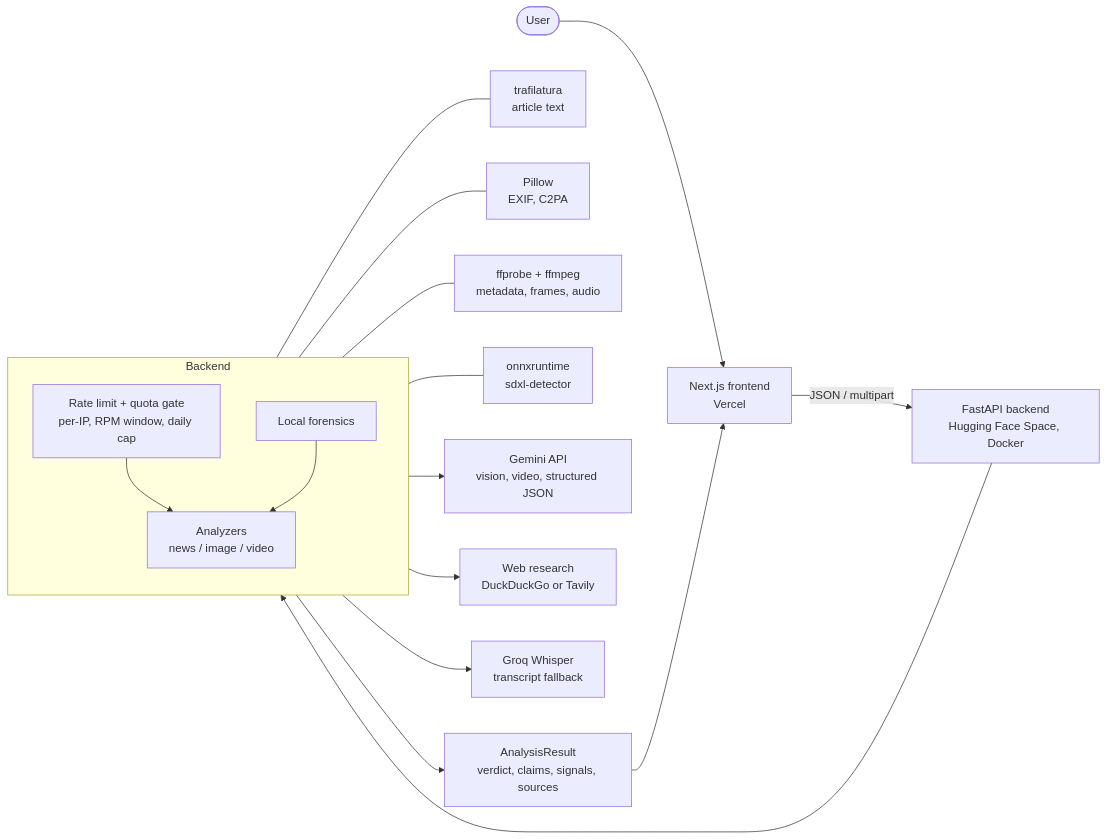
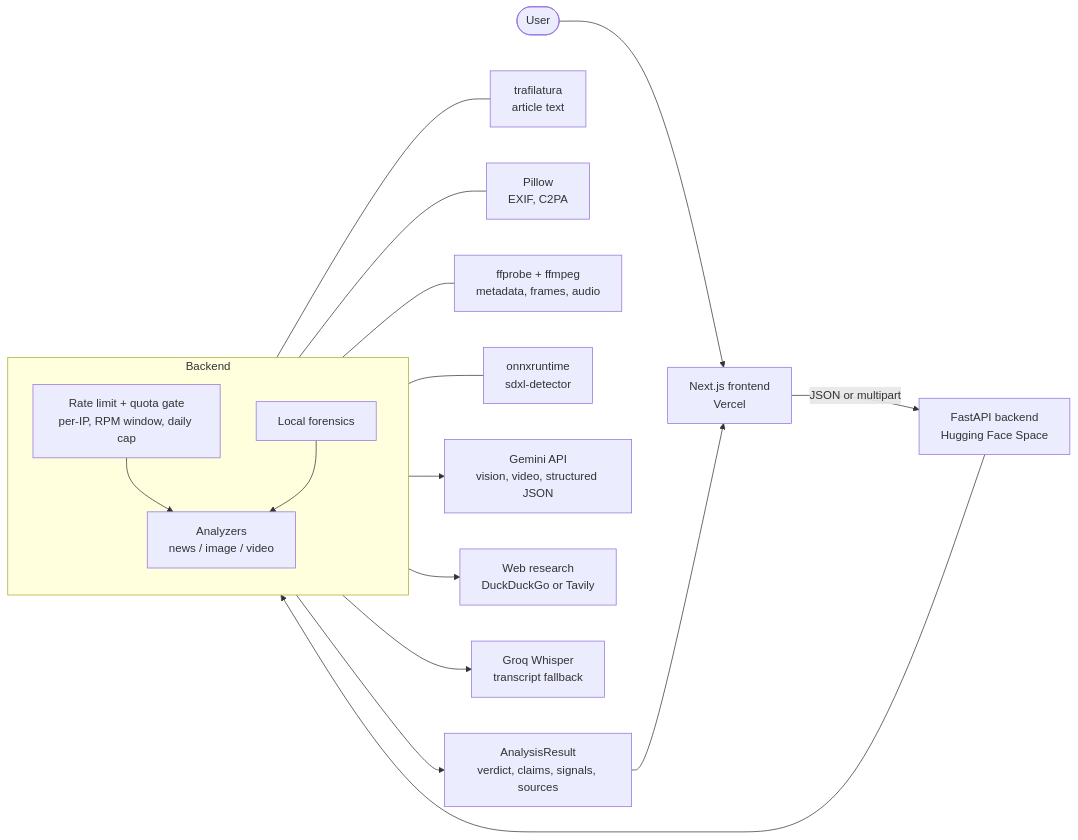
The first of 2 diagrams in README.md (muditagrawal-alt/Deepfake-and-Fake-News-Detector), drawn with Mermaid before and after one commit. The commit also changed other lines of this file, not shown here.

Commit message:
fix(docs): repair the sequence diagram so the README renders
Mermaid treats ';' as a statement separator, so the semicolon in one message
truncated the statement and the parser failed on the remainder. GitHub reported
this as 'Unable to render rich display' for the whole file. Both diagrams now
validate with mermaid-cli. Also drops the stale 'Docker' label from the
architecture diagram.

````diff
--- a/README.md
+++ b/README.md
@@ -48,28 +48,28 @@
 ```mermaid
 flowchart LR
   U([User]) --> FE["Next.js frontend<br/>Vercel"]
-  FE -->|"JSON / multipart"| API["FastAPI backend<br/>Hugging Face Space, Docker"]
+  FE -->|"JSON or multipart"| API["FastAPI backend<br/>Hugging Face Space"]
 
   subgraph API_INTERNALS ["Backend"]
     direction TB
     GATE["Rate limit + quota gate<br/>per-IP, RPM window, daily cap"]
     FOR["Local forensics"]
     ANA["Analyzers<br/>news / image / video"]
     GATE --> ANA
     FOR --> ANA
   end
 
   API --> GATE
 
   FOR --- F1["trafilatura<br/>article text"]
   FOR --- F2["Pillow<br/>EXIF, C2PA"]
   FOR --- F3["ffprobe + ffmpeg<br/>metadata, frames, audio"]
   FOR --- F4["onnxruntime<br/>sdxl-detector"]
 
   ANA --> GEM["Gemini API<br/>vision, video, structured JSON"]
   ANA --> RES["Web research<br/>DuckDuckGo or Tavily"]
   ANA --> WHI["Groq Whisper<br/>transcript fallback"]
 
   ANA --> OUT["AnalysisResult<br/>verdict, claims, signals, sources"]
   OUT --> FE
 ```
````
